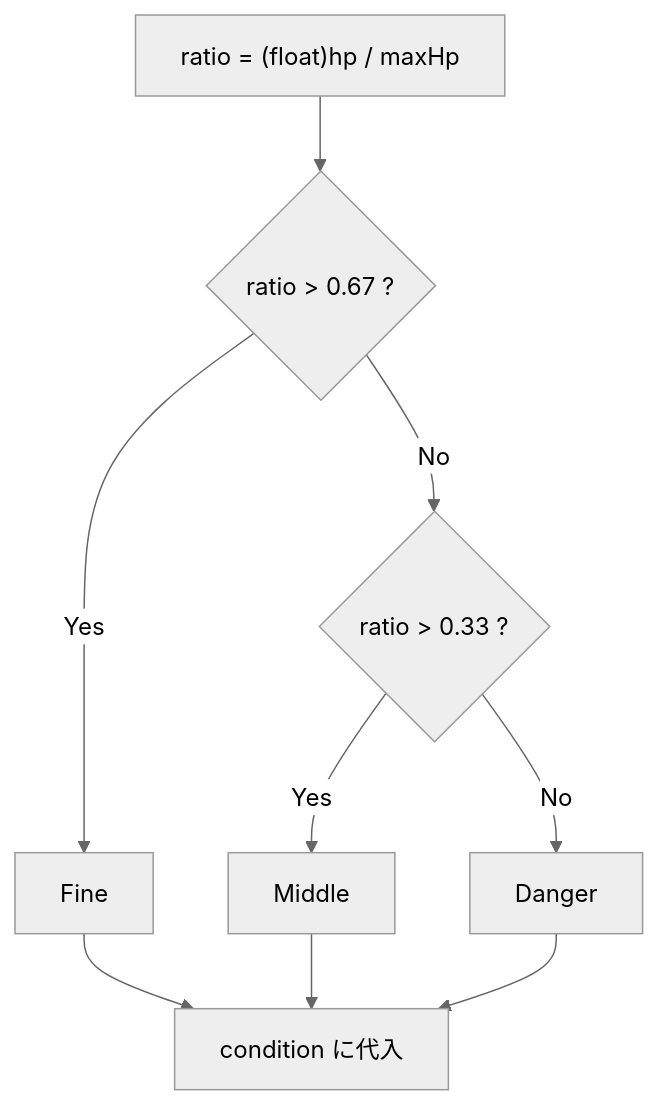
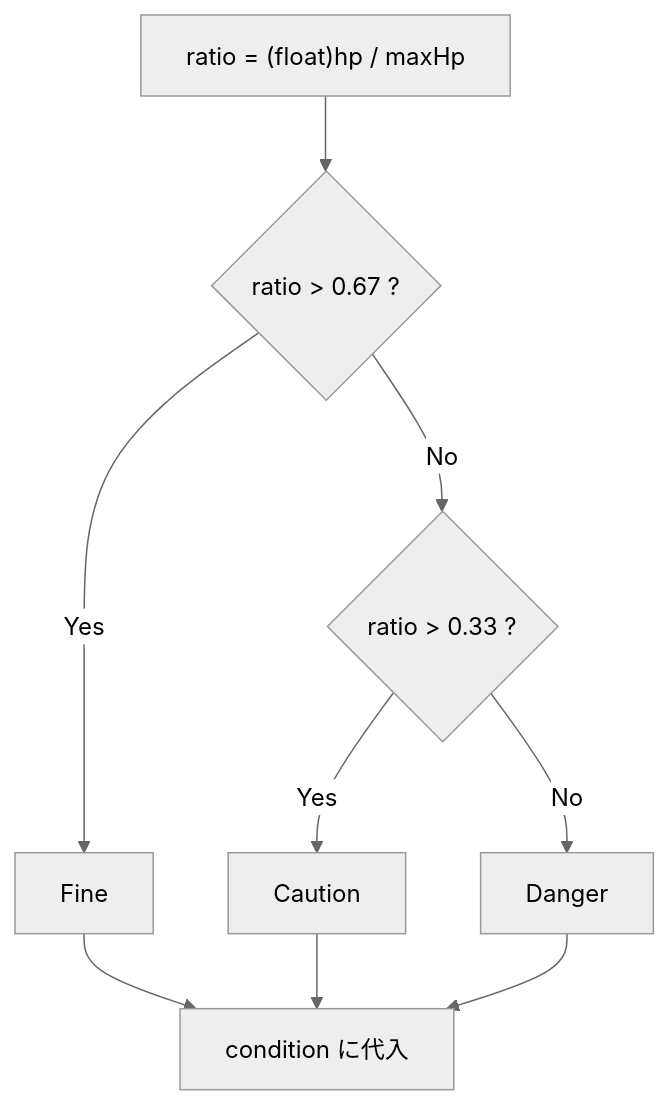
Before and after one commit to fuddt/Cplus: the sixth of 7 diagrams in CsharpVer/chapter-01-player.md, drawn with Mermaid (neutral theme). The commit also changed other lines of this file and 15 other files, not shown here.

````diff
--- a/CsharpVer/chapter-01-player.md
+++ b/CsharpVer/chapter-01-player.md
@@ -112,8 +112,8 @@
 ```mermaid
 flowchart TD
     A["ratio = (float)hp / maxHp"] --> B{"ratio > 0.67 ?"}
     B -- Yes --> C["Fine"] --> Z["condition に代入"]
     B -- No --> D{"ratio > 0.33 ?"}
-    D -- Yes --> E["Middle"] --> Z
+    D -- Yes --> E["Caution"] --> Z
     D -- No --> F["Danger"] --> Z
 ```
````
